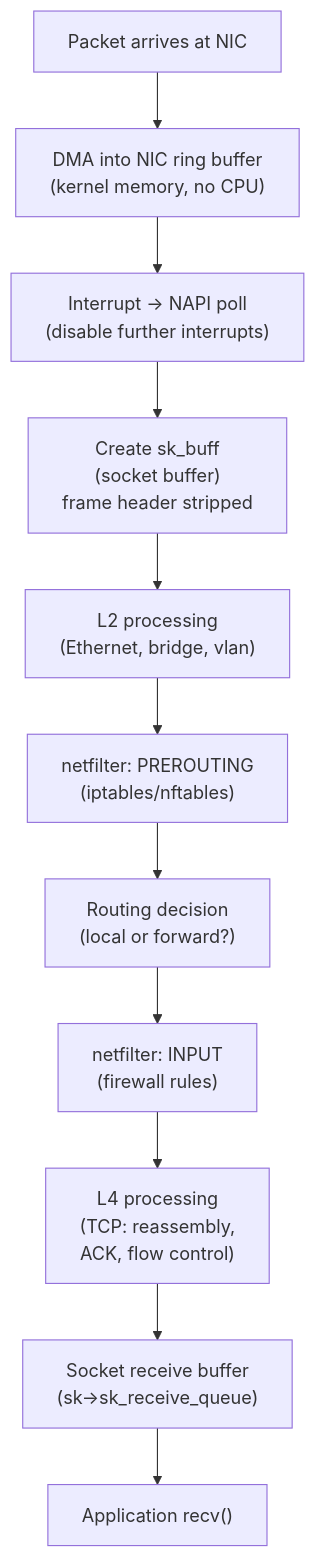
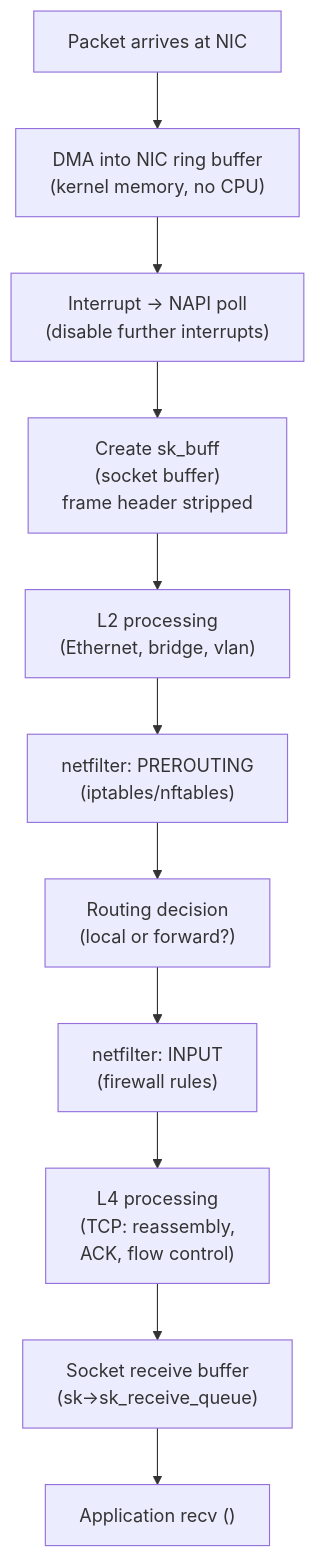
The diagram in content/questions/fundamentals/linux-network-stack.md (pploc/swe-icon-the-moment), drawn with Mermaid before and after one commit. The commit also changed 95 other files, not shown here.

Commit message:
fix: update the practice mode diagram bug not display

````diff
--- a/content/questions/fundamentals/linux-network-stack.md
+++ b/content/questions/fundamentals/linux-network-stack.md
@@ -18,15 +18,16 @@
 ```mermaid
 flowchart TD
-    Packet["Packet arrives at NIC"] --> DMA["DMA into NIC ring buffer\n(kernel memory, no CPU)"]
-    DMA --> IRQ["Interrupt → NAPI poll\n(disable further interrupts)"]
-    IRQ --> SKB["Create sk_buff\n(socket buffer)\nframe header stripped"]
-    SKB --> L2["L2 processing\n(Ethernet, bridge, vlan)"]
-    L2 --> NF1["netfilter: PREROUTING\n(iptables/nftables)"]
-    NF1 --> Route["Routing decision\n(local or forward?)"]
-    Route --> NF2["netfilter: INPUT\n(firewall rules)"]
-    NF2 --> L4["L4 processing\n(TCP: reassembly,\nACK, flow control)"]
-    L4 --> SockBuf["Socket receive buffer\n(sk->sk_receive_queue)"]
-    SockBuf --> App["Application recv()"]
+    Packet["Packet arrives at NIC"] --> DMA["DMA into NIC ring buffer\n (kernel memory, no CPU)"]
+    DMA --> IRQ["Interrupt → NAPI poll\n (disable further interrupts)"]
+    IRQ --> SKB["Create sk_buff\n (socket buffer)\nframe header stripped"]
+    SKB --> L2["L2 processing\n (Ethernet, bridge, vlan)"]
+    L2 --> NF1["netfilter: PREROUTING\n (iptables/nftables)"]
+    NF1 --> Route["Routing decision\n (local or forward?)"]
+    Route --> NF2["netfilter: INPUT\n (firewall rules)"]
+    NF2 --> L4["L4 processing\n (TCP: reassembly,\nACK, flow control)"]
+    L4 --> SockBuf["Socket receive buffer\n (sk->sk_receive_queue)"]
+    SockBuf --> App["Application recv ()"]
+
 
 
 ```
````
